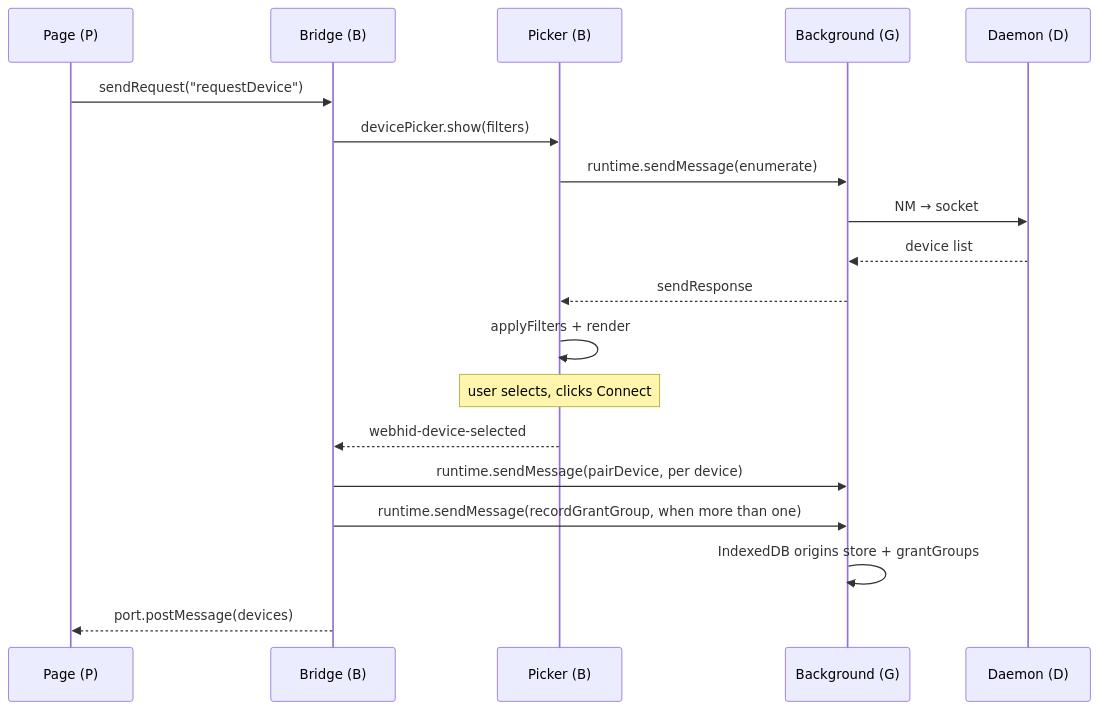
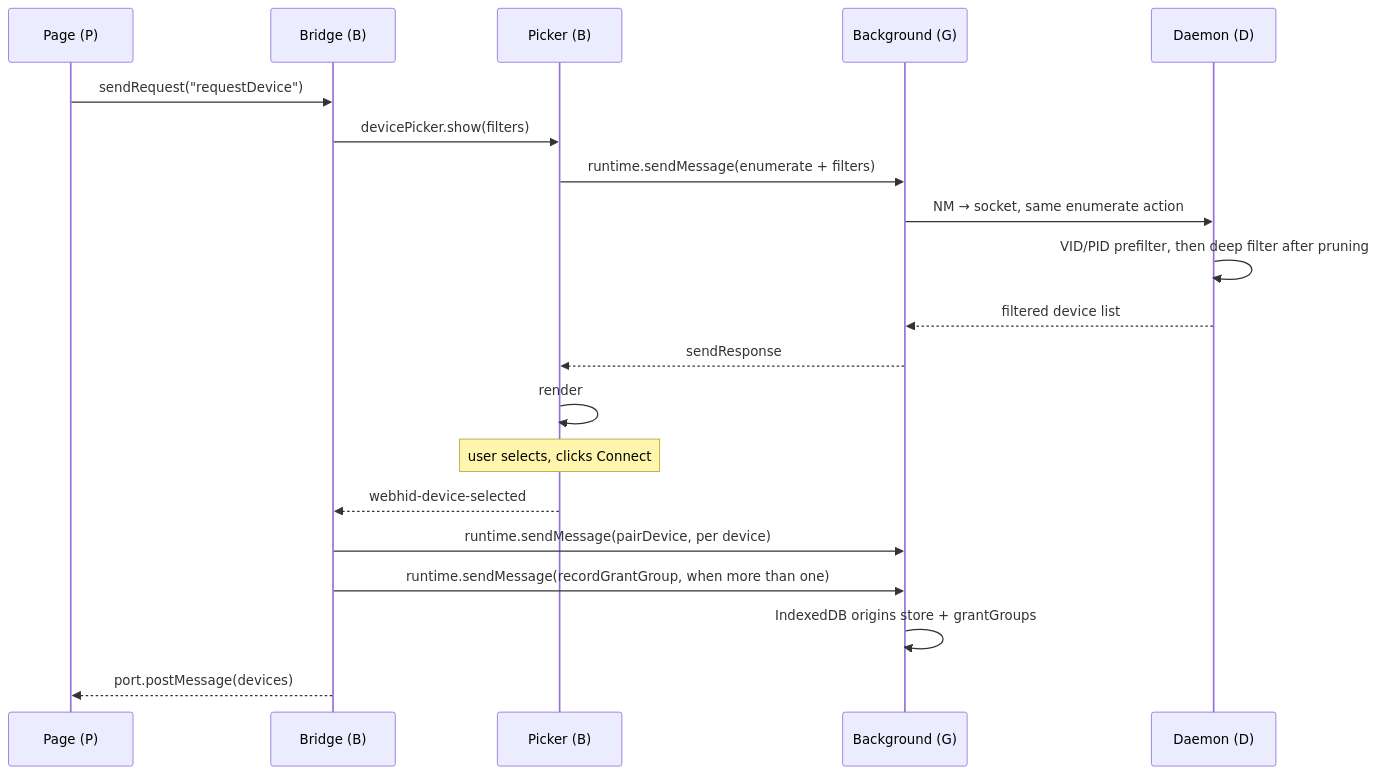
One commit to K4zoku/FF-WebHID changed diagram 12 of 16 in docs/DATA_PATH.md. Above: the diagram before and after it, drawn with Mermaid. The commit also changed other lines of this file and 17 other files, not shown here.

Commit message:
feat: device filter inside daemon

````diff
--- a/docs/DATA_PATH.md
+++ b/docs/DATA_PATH.md
@@ -583,22 +583,23 @@
 ```mermaid
 sequenceDiagram
     participant P as Page (P)
     participant B as Bridge (B)
     participant Picker as Picker (B)
     participant G as Background (G)
     participant D as Daemon (D)
 
     P->>B: sendRequest("requestDevice")
     B->>Picker: devicePicker.show(filters)
-    Picker->>G: runtime.sendMessage(enumerate)
-    G->>D: NM → socket
-    D-->>G: device list
+    Picker->>G: runtime.sendMessage(enumerate + filters)
+    G->>D: NM → socket, same enumerate action
+    D->>D: VID/PID prefilter, then deep filter after pruning
+    D-->>G: filtered device list
     G-->>Picker: sendResponse
-    Picker->>Picker: applyFilters + render
+    Picker->>Picker: render
     Note over Picker: user selects, clicks Connect
     Picker-->>B: webhid-device-selected
     B->>G: runtime.sendMessage(pairDevice, per device)
     B->>G: runtime.sendMessage(recordGrantGroup, when more than one)
     G->>G: IndexedDB origins store + grantGroups
     B-->>P: port.postMessage(devices)
 ```
````
